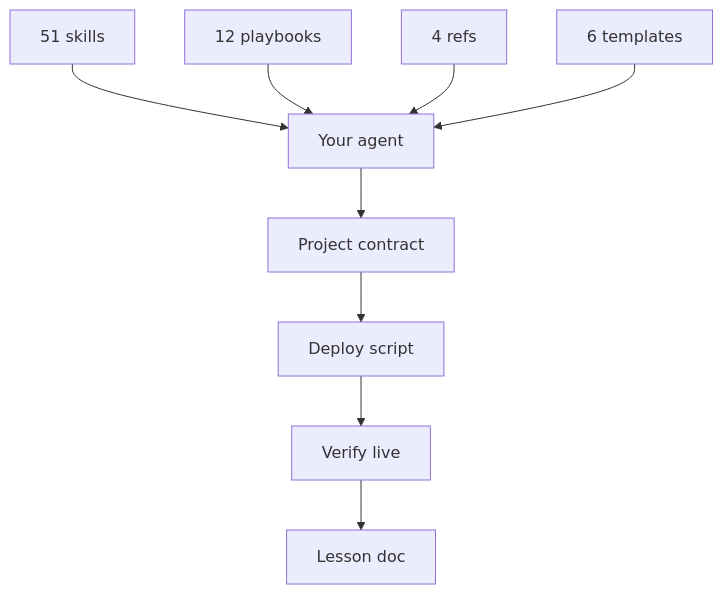
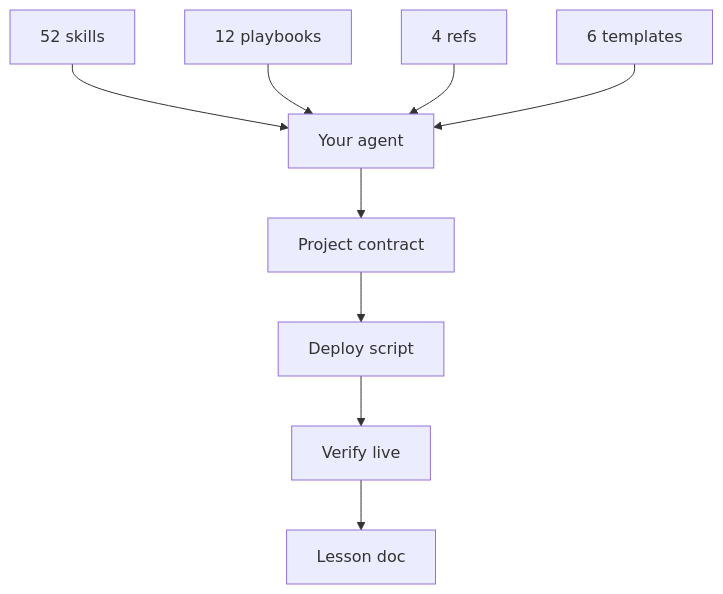
One commit to Nonarkara/dr-non-vibecoding-skills changed the diagram in README.md. Above: the diagram before and after it, drawn with Mermaid. The commit also changed other lines of this file and 6 other files, not shown here.

````diff
--- a/README.md
+++ b/README.md
@@ -244,11 +244,11 @@
 ```mermaid
 flowchart TB
-  S["51 skills"] --> A["Your agent"]
+  S["52 skills"] --> A["Your agent"]
   P["12 playbooks"] --> A
   R["4 refs"] --> A
   T["6 templates"] --> A
   A --> W["Project contract"]
   W --> D["Deploy script"]
   D --> V["Verify live"]
   V --> L["Lesson doc"]
 ```
````
